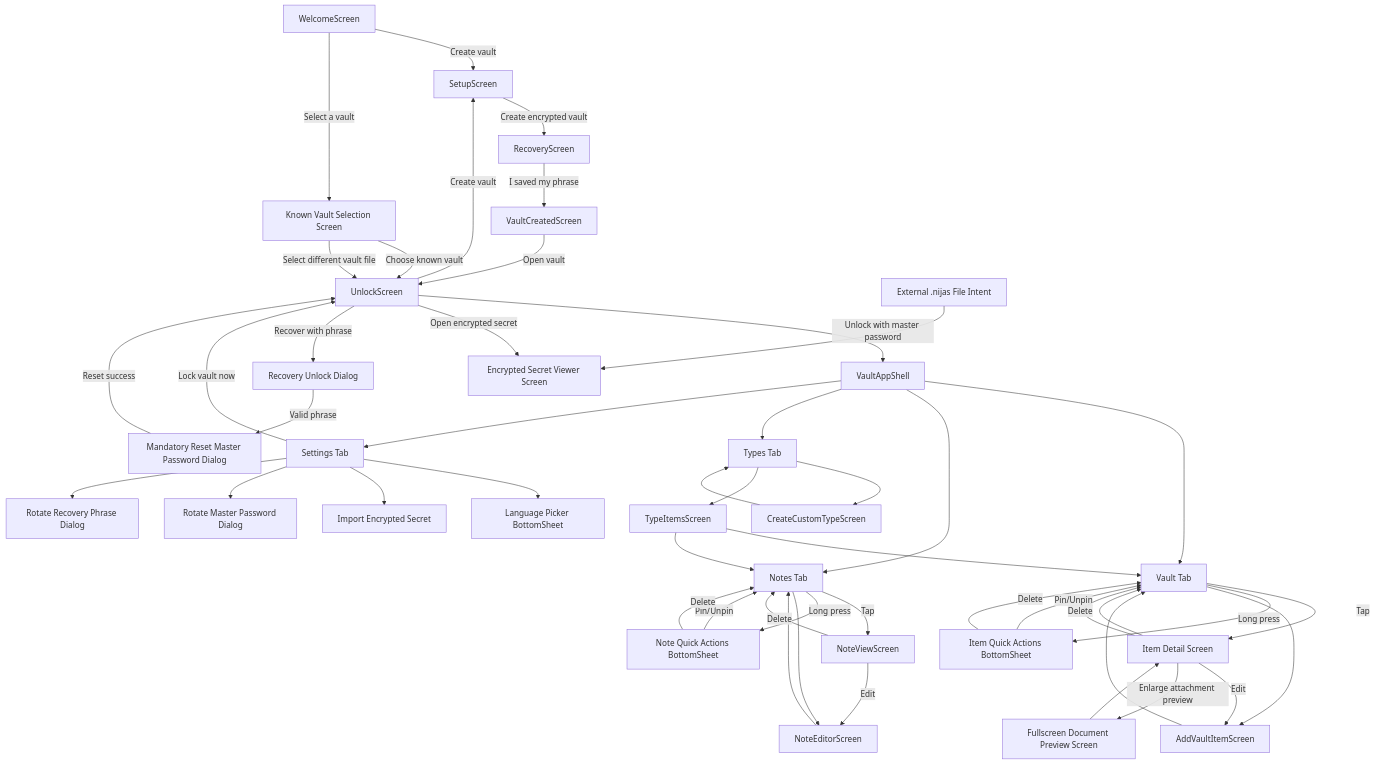
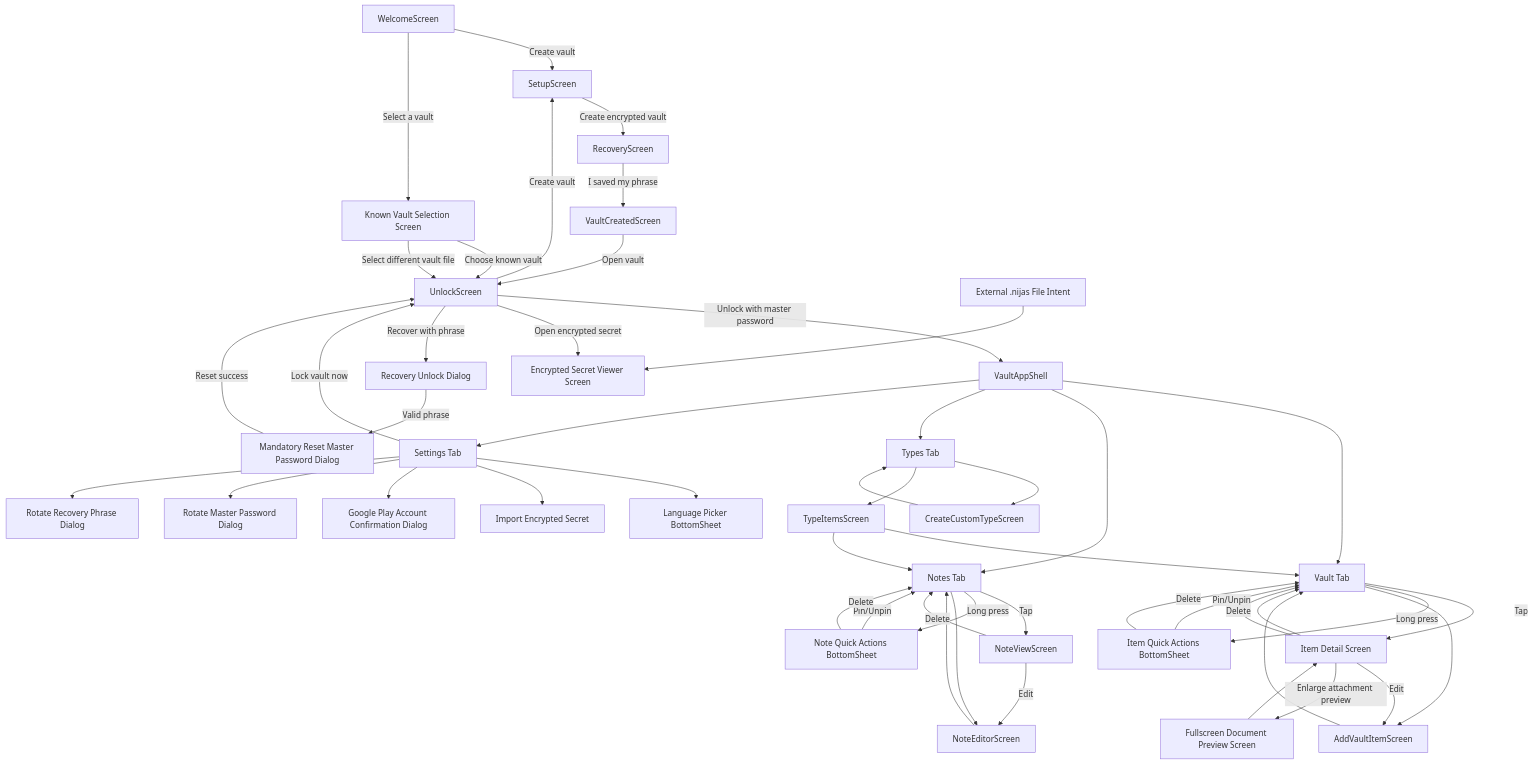
The diagram in docs/screen_flow_graph.md (nikejai/Nija), drawn with Mermaid before and after one commit. The commit also changed other lines of this file and 28 other files, not shown here.

````diff
--- a/docs/screen_flow_graph.md
+++ b/docs/screen_flow_graph.md
@@ -7,55 +7,56 @@
 ```mermaid
 flowchart TD
   A[WelcomeScreen] -->|Create vault| B[SetupScreen]
   A -->|Select a vault| A1[Known Vault Selection Screen]
   A1 -->|Choose known vault| E[UnlockScreen]
   A1 -->|Select different vault file| E
   B -->|Create encrypted vault| C[RecoveryScreen]
   C -->|I saved my phrase| D[VaultCreatedScreen]
   D -->|Open vault| E[UnlockScreen]
   E -->|Unlock with master password| F[VaultAppShell]
   E -->|Create vault| B
   E -->|Open encrypted secret| E2[Encrypted Secret Viewer Screen]
   X[External .nijas File Intent] --> E2
   E -->|Recover with phrase| G[Recovery Unlock Dialog]
   G -->|Valid phrase| H[Mandatory Reset Master Password Dialog]
   H -->|Reset success| E
 
   F --> F1[Vault Tab]
   F --> F2[Notes Tab]
   F --> F3[Types Tab]
   F --> F4[Settings Tab]
 
   F1 -->|Tap| I[Item Detail Screen]
   F1 -->|Long press| I2[Item Quick Actions BottomSheet]
   I2 -->|Pin/Unpin| F1
   I2 -->|Delete| F1
   F1 --> J[AddVaultItemScreen]
   J --> F1
   I -->|Edit| J
   I -->|Delete| F1
   I -->|Enlarge attachment preview| I3[Fullscreen Document Preview Screen]
   I3 --> I
   I --> F1
 
   F2 -->|Tap| K[NoteViewScreen]
   F2 -->|Long press| K2[Note Quick Actions BottomSheet]
   K2 -->|Pin/Unpin| F2
   K2 -->|Delete| F2
   F2 --> L[NoteEditorScreen]
   L --> F2
   K -->|Edit| L
   K -->|Delete| F2
 
   F3 --> M[CreateCustomTypeScreen]
   F3 --> N[TypeItemsScreen]
   M --> F3
   N --> F1
   N --> F2
 
   F4 --> O[Language Picker BottomSheet]
   F4 --> S[Import Encrypted Secret]
+  F4 --> R[Google Play Account Confirmation Dialog]
   F4 --> P[Rotate Master Password Dialog]
   F4 --> Q[Rotate Recovery Phrase Dialog]
   F4 -->|Lock vault now| E
 ```
````
